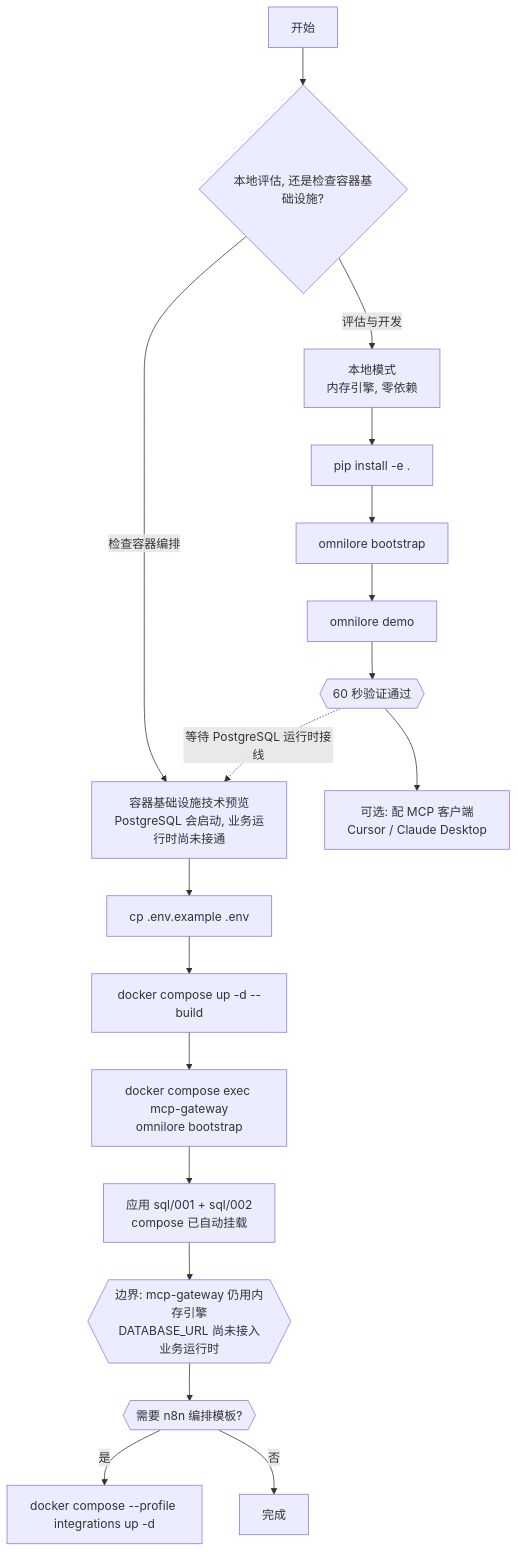
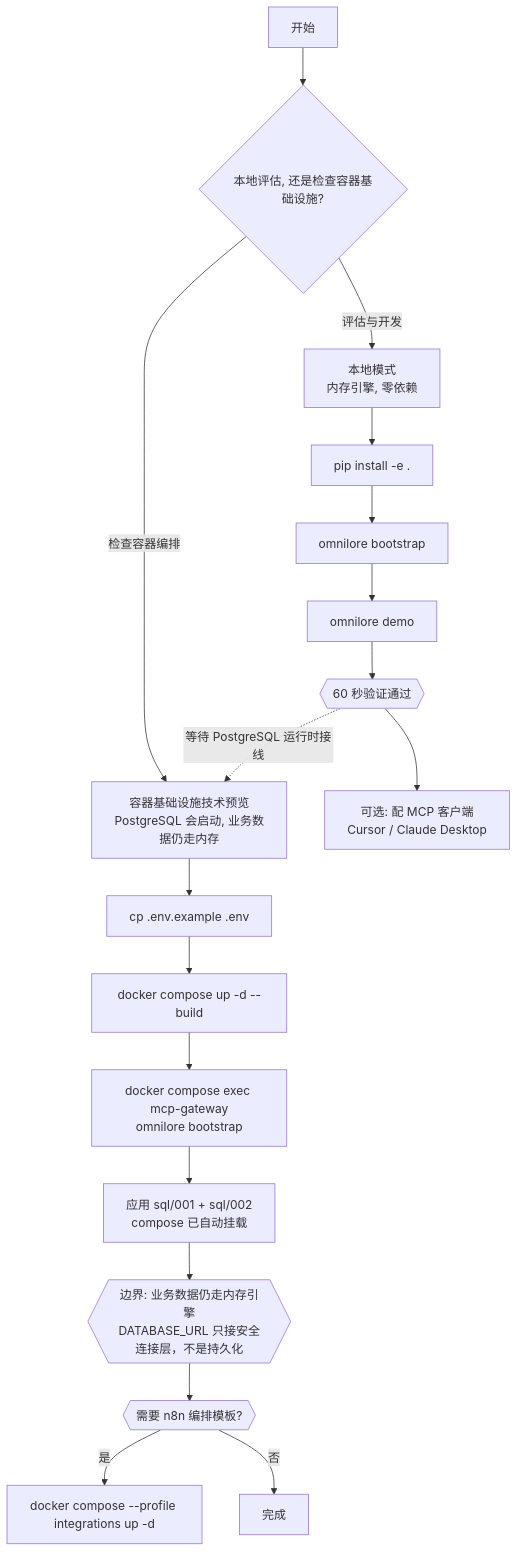
One commit to KillerMan12345/OmniLore changed the diagram in README.md. Above: the diagram before and after it, drawn with Mermaid. The commit also changed other lines of this file and 15 other files, not shown here.

First line of the commit message:
feat: PostgreSQL 安全连接层 —— 以非超级用户角色连接并验证 RLS 生效

````diff
--- a/README.md
+++ b/README.md
@@ -155,23 +159,23 @@
 ```mermaid
 flowchart TD
     A[开始] --> B{本地评估, 还是检查容器基础设施?}
     B -->|评估与开发| C[本地模式<br/>内存引擎, 零依赖]
-    B -->|检查容器编排| D[容器基础设施技术预览<br/>PostgreSQL 会启动, 业务运行时尚未接通]
+    B -->|检查容器编排| D[容器基础设施技术预览<br/>PostgreSQL 会启动, 业务数据仍走内存]
 
     C --> C1[pip install -e .]
     C1 --> C2[omnilore bootstrap]
     C2 --> C3[omnilore demo]
     C3 --> C4{{60 秒验证通过}}
     C4 --> C5[可选: 配 MCP 客户端<br/>Cursor / Claude Desktop]
 
     D --> D1[cp .env.example .env]
     D1 --> D2[docker compose up -d --build]
     D2 --> D3[docker compose exec mcp-gateway<br/>omnilore bootstrap]
     D3 --> D4[应用 sql/001 + sql/002<br/>compose 已自动挂载]
-    D4 --> D4B{{边界: mcp-gateway 仍用内存引擎<br/>DATABASE_URL 尚未接入业务运行时}}
+    D4 --> D4B{{边界: 业务数据仍走内存引擎<br/>DATABASE_URL 只接安全连接层，不是持久化}}
     D4B --> D5{{需要 n8n 编排模板?}}
     D5 -->|是| D6[docker compose --profile integrations up -d]
     D5 -->|否| D7[完成]
 
     C4 -.等待 PostgreSQL 运行时接线.-> D
 ```
````
